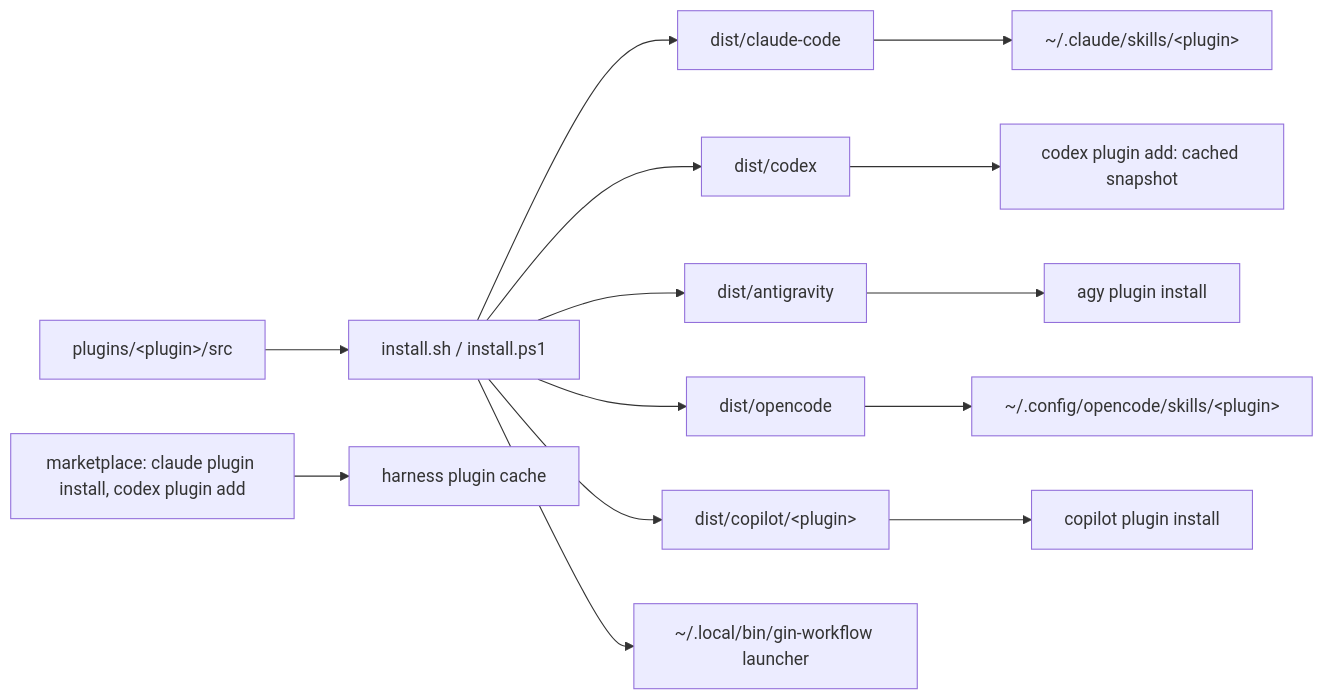
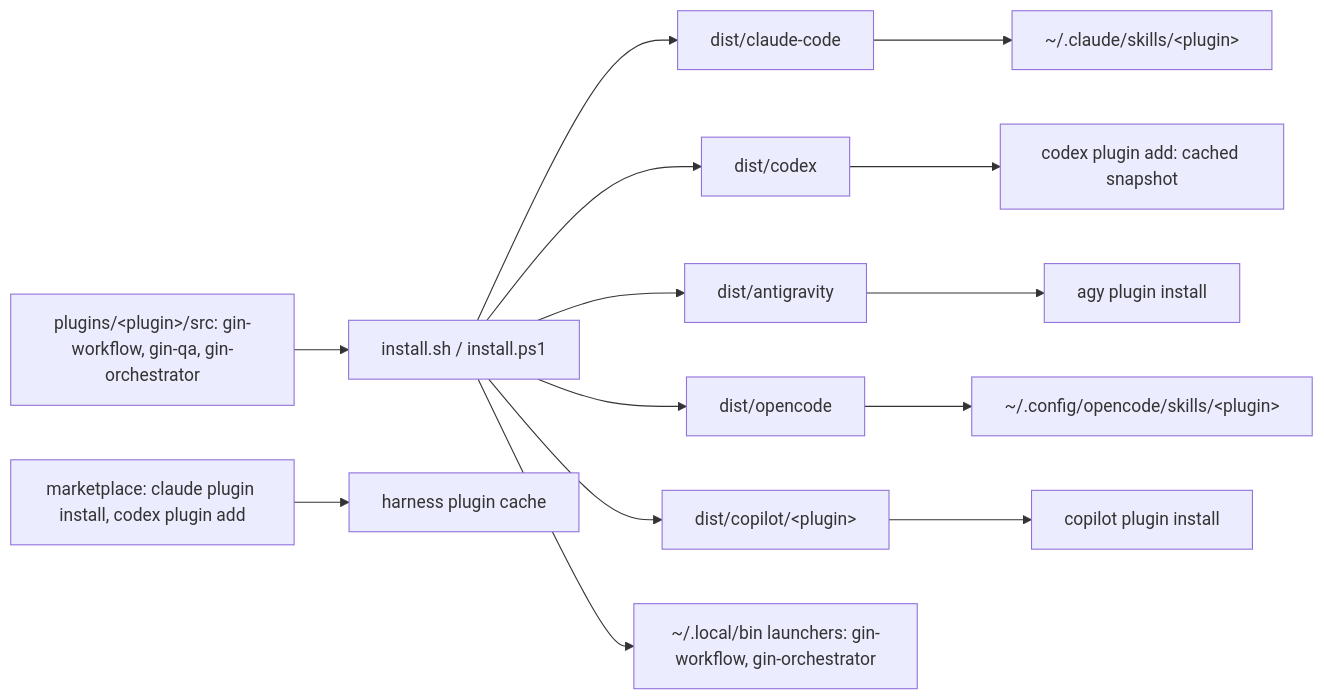
Before and after one commit to giangdhwhtbr/gin-workflow: the fifth of 6 diagrams in docs/concepts/architecture.md, drawn with Mermaid. The commit also changed other lines of this file and 21 other files, not shown here.

First line of the commit message:
docs: describe a single-harness gin-workflow with gin-orchestrator as an extension

````diff
--- a/docs/concepts/architecture.md
+++ b/docs/concepts/architecture.md
@@ -129,16 +133,16 @@
 ```mermaid
 flowchart LR
-    S[plugins/&lt;plugin&gt;/src] --> I[install.sh / install.ps1]
+    S[plugins/&lt;plugin&gt;/src: gin-workflow, gin-qa, gin-orchestrator] --> I[install.sh / install.ps1]
     I --> D1[dist/claude-code]
     I --> D2[dist/codex]
     I --> D3[dist/antigravity]
     I --> D4[dist/opencode]
     I --> D5[dist/copilot/&lt;plugin&gt;]
-    I --> LCH[~/.local/bin/gin-workflow launcher]
+    I --> LCH[~/.local/bin launchers: gin-workflow, gin-orchestrator]
     D1 --> C1[~/.claude/skills/&lt;plugin&gt;]
     D2 --> C2[codex plugin add: cached snapshot]
     D3 --> C3[agy plugin install]
     D4 --> C4[~/.config/opencode/skills/&lt;plugin&gt;]
     D5 --> C5[copilot plugin install]
     MK[marketplace: claude plugin install, codex plugin add] --> C1b[harness plugin cache]
 ```
````
